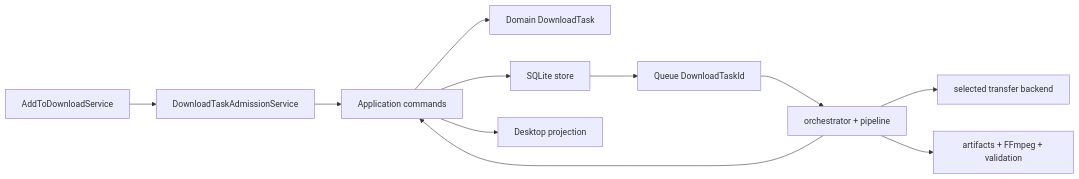
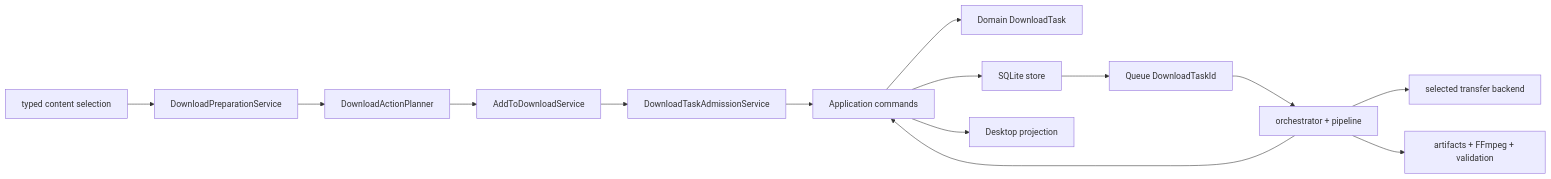
The second of 2 diagrams in ARCHITECTURE.md (crazysmile-PhD/downkyicore), drawn with Mermaid before and after one commit. The commit also changed other lines of this file and 45 other files, not shown here.

Commit message:
refactor(download): introduce action-based task planning

````diff
--- a/ARCHITECTURE.md
+++ b/ARCHITECTURE.md
@@ -55,13 +55,16 @@
 ```mermaid
 flowchart LR
-    Add["AddToDownloadService"] --> Admission["DownloadTaskAdmissionService"]
+    Select["typed content selection"] --> Prepare["DownloadPreparationService"]
+    Prepare --> Plan["DownloadActionPlanner"]
+    Plan --> Add["AddToDownloadService"]
+    Add --> Admission["DownloadTaskAdmissionService"]
     Admission --> App["Application commands"]
     App --> Domain["Domain DownloadTask"]
     App --> Store["SQLite store"]
     Store --> Queue["Queue DownloadTaskId"]
     Queue --> Runtime["orchestrator + pipeline"]
     Runtime --> Backend["selected transfer backend"]
     Runtime --> Media["artifacts + FFmpeg + validation"]
     Runtime --> App
     App --> Projection["Desktop projection"]
 ```
````
